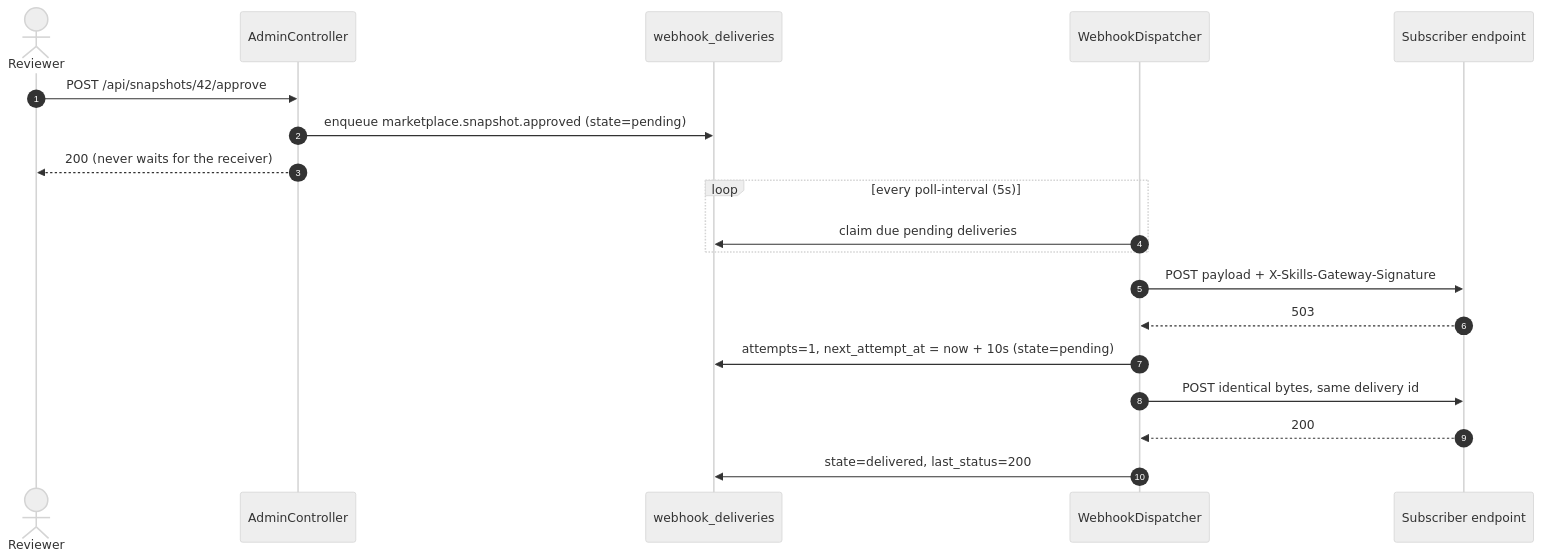
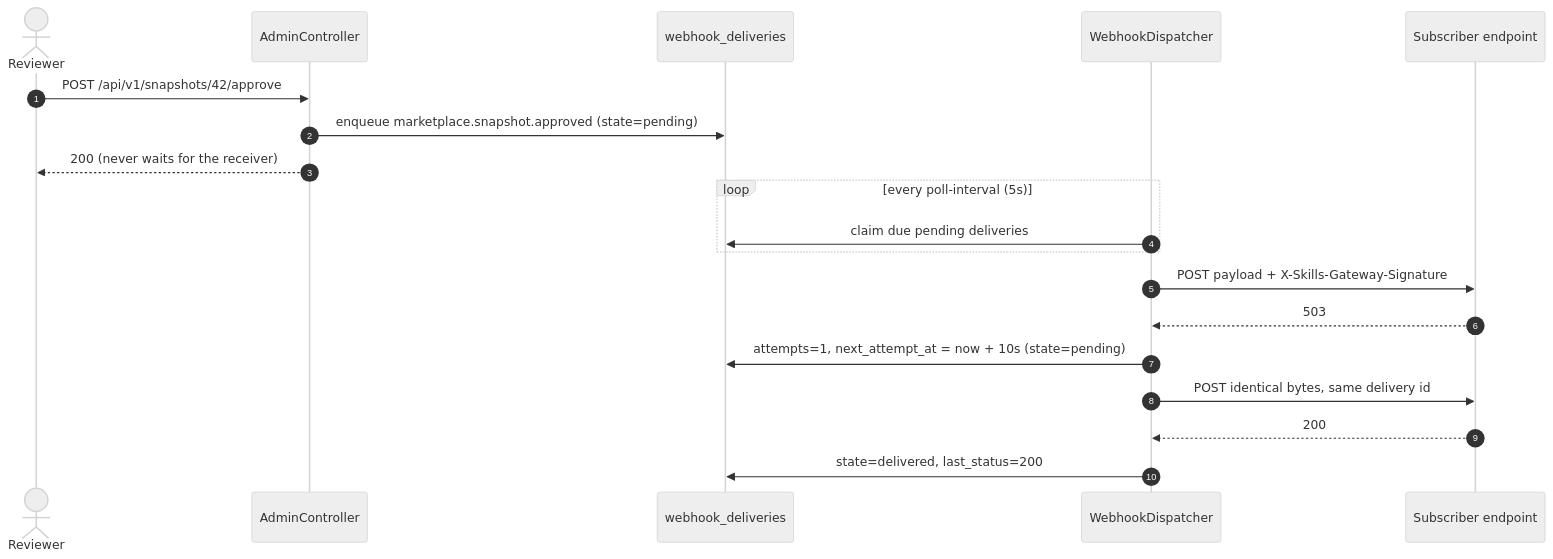
One commit to skillsgateway/skillsgateway changed the diagram in docs/manual/guides/lifecycle-webhooks.md. Above: the diagram before and after it, drawn with Mermaid (neutral theme). The commit also changed other lines of this file and 166 other files, not shown here.

````diff
--- a/docs/manual/guides/lifecycle-webhooks.md
+++ b/docs/manual/guides/lifecycle-webhooks.md
@@ -292,24 +292,24 @@
 ```mermaid
 sequenceDiagram
     autonumber
     actor Reviewer
     participant API as AdminController
     participant DB as webhook_deliveries
     participant Disp as WebhookDispatcher
     participant Rcv as Subscriber endpoint
 
-    Reviewer->>API: POST /api/snapshots/42/approve
+    Reviewer->>API: POST /api/v1/snapshots/42/approve
     API->>DB: enqueue marketplace.snapshot.approved (state=pending)
     API-->>Reviewer: 200 (never waits for the receiver)
 
     loop every poll-interval (5s)
         Disp->>DB: claim due pending deliveries
     end
     Disp->>Rcv: POST payload + X-Skills-Gateway-Signature
     Rcv-->>Disp: 503
     Disp->>DB: attempts=1, next_attempt_at = now + 10s (state=pending)
 
     Disp->>Rcv: POST identical bytes, same delivery id
     Rcv-->>Disp: 200
     Disp->>DB: state=delivered, last_status=200
 ```
````
